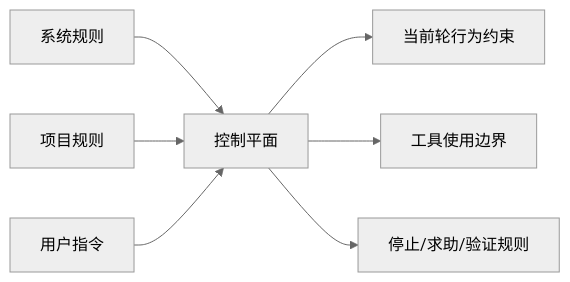
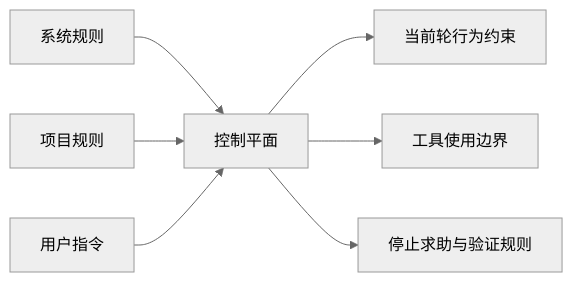
The second of 6 diagrams in docs/05-tools-frameworks/harness-design.md (xiaoqianbaobao/ai-guide), drawn with Mermaid (neutral theme) before and after one commit. The commit also changed other lines of this file and 14 other files, not shown here.

Commit message:
修复前端mermaid语法错误问题

````diff
--- a/docs/05-tools-frameworks/harness-design.md
+++ b/docs/05-tools-frameworks/harness-design.md
@@ -123,9 +123,9 @@
 ```mermaid
 flowchart LR
     A[系统规则] --> D[控制平面]
     B[项目规则] --> D
     C[用户指令] --> D
     D --> E[当前轮行为约束]
     D --> F[工具使用边界]
-    D --> G[停止/求助/验证规则]
+    D --> G[停止求助与验证规则]
 ```
````
